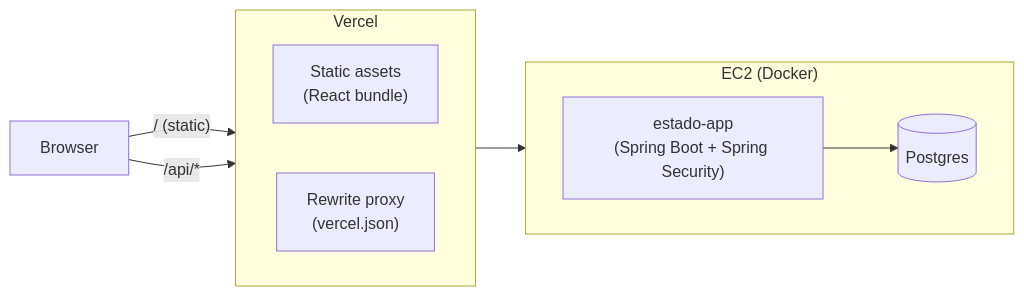
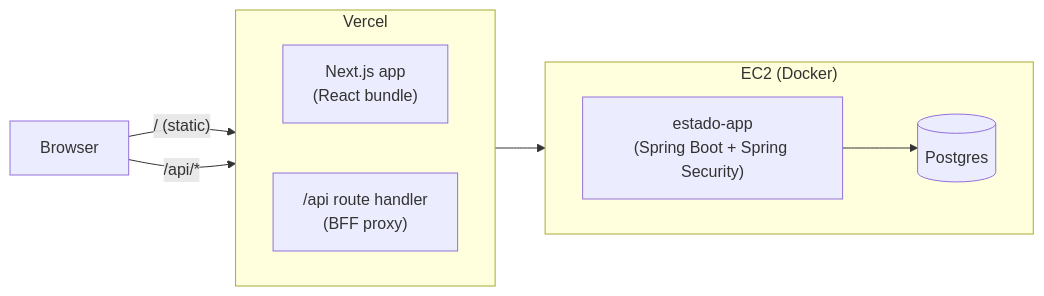
Before and after one commit to ronybrand/react_state: the diagram in README.md, drawn with Mermaid. The commit also changed other lines of this file and 11 other files, not shown here.

````diff
--- a/README.md
+++ b/README.md
@@ -18,21 +18,21 @@
 ```mermaid
 flowchart LR
     Browser["Browser"]
 
     subgraph Vercel["Vercel"]
         direction LR
-        Static["Static assets\n(React bundle)"]
-        Rewrite["Rewrite proxy\n(vercel.json)"]
+        Static["Next.js app\n(React bundle)"]
+        Rewrite["/api route handler\n(BFF proxy)"]
     end
 
     subgraph EC2["EC2 (Docker)"]
         direction LR
         App["estado-app\n(Spring Boot + Spring Security)"]
         DB[("Postgres")]
     end
 
     Browser -- "/ (static)" --> Static
     Browser -- "/api/*" --> Rewrite
     Rewrite --> App
     App --> DB
 ```
````
